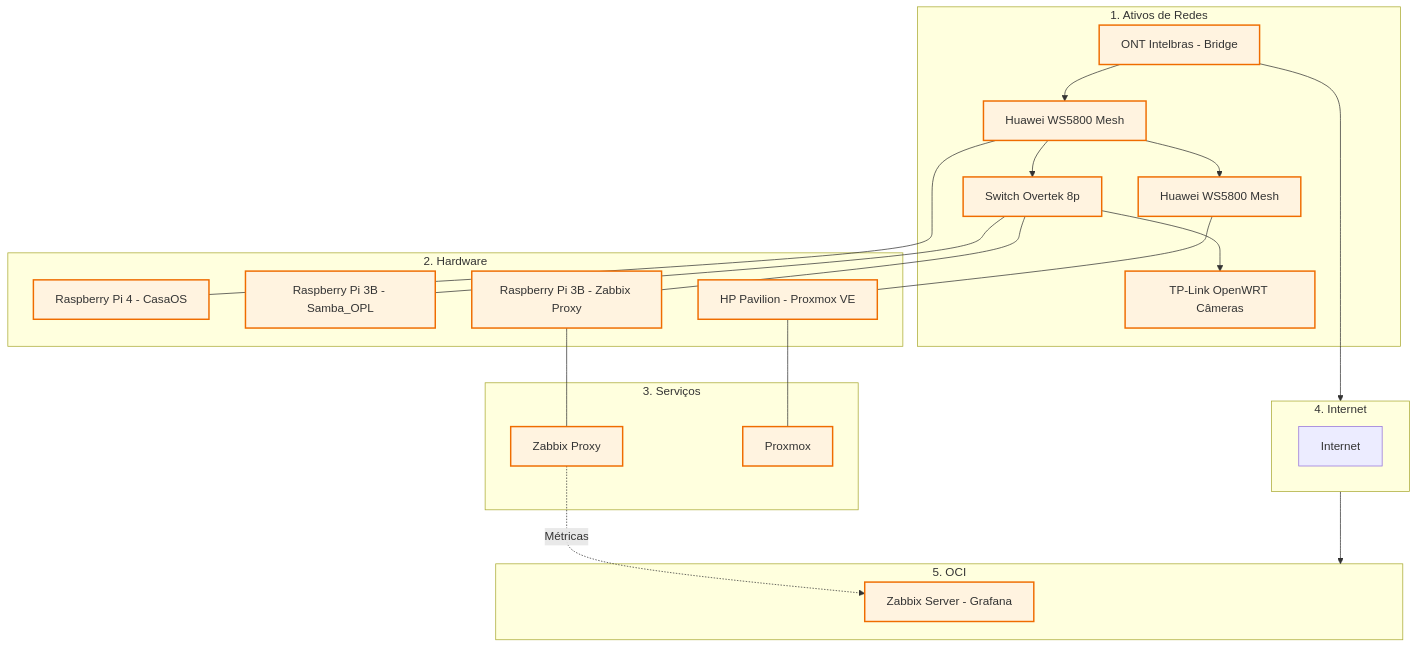
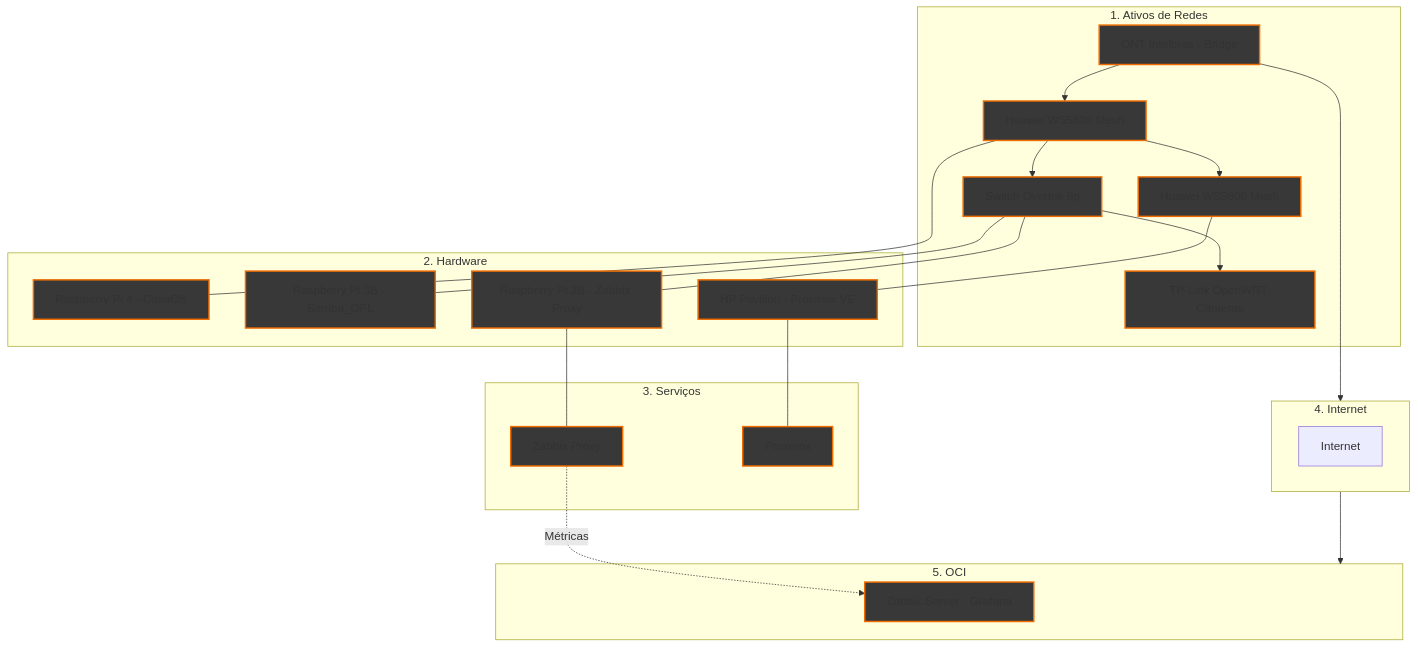
The diagram in Infraestructure/README.md (kevindexter22/Dr-Hardware-Autonet), drawn with Mermaid before and after one commit.

````diff
--- a/Infraestructure/README.md
+++ b/Infraestructure/README.md
@@ -13,49 +13,49 @@
 ```mermaid
 graph TD
     %% Estilos
-    classDef rede fill:#fff3e0,stroke:#ef6c00,stroke-width:2px;
-    classDef hardware fill:#fff3e0,stroke:#ef6c00,stroke-width:2px;
-    classDef internet fill:#fff3e0,stroke:#ef6c00,stroke-width:2px,stroke-dasharray: 5 5;
-    classDef serviços fill:#fff3e0,stroke:#ef6c00,stroke-width:2px;
-    classDef oci fill:#fff3e0,stroke:#ef6c00,stroke-width:2px;
+    classDef rede fill:#383838,stroke:#ef6c00,stroke-width:2px;
+    classDef hardware fill:#383838,stroke:#ef6c00,stroke-width:2px;
+    classDef internet fill:#383838,stroke:#ef6c00,stroke-width:2px,stroke-dasharray: 5 5;
+    classDef serviços fill:#383838,stroke:#ef6c00,stroke-width:2px;
+    classDef oci fill:#383838,stroke:#ef6c00,stroke-width:2px;
 
     %% 1. ATIVOS DE REDE
     subgraph S1 [1. Ativos de Redes]
         ONT[ONT Intelbras - Bridge]:::rede --> R_Mesh1[Huawei WS5800 Mesh]:::rede
         R_Mesh1 --> R_Mesh2[Huawei WS5800 Mesh]:::rede
         R_Mesh1 --> SW1[Switch Overtek 8p]:::rede
         SW1 --> R_Cams[TP-Link OpenWRT Câmeras]:::rede
     end
 
     %% 2. HARDWARE
     subgraph S2 [2. Hardware]
         R_Mesh1 --- RPi4[Raspberry Pi 4 - CasaOS]:::hardware
         SW1 --- RPi3B_1[Raspberry Pi 3B - Samba_OPL]:::hardware
         SW1 --- RPi3B_2[Raspberry Pi 3B - Zabbix Proxy]:::hardware
         R_Mesh2 --- HP[HP Pavilion - Proxmox VE]:::hardware
     end
 
     %% 3. SERVIÇOS     
     subgraph S3 [3. Serviços];    
         RPi3B_2 --- ZP[Zabbix Proxy]:::hardware
         HP --- PVE[Proxmox]:::hardware
     end
 
     %% 4. Internet (A PONTE)
     subgraph S4 [4. Internet]
            internet[Internet]
     end
 
     %% 5. OCI
     subgraph S5 [5. OCI]
         ZS[Zabbix Server - Grafana]:::oci
     end
 
     %% Conexões de Fluxo de Dados para manter a ordem
     ONT --> S4
     S4 --> S5
     
     %% Relacionamentos lógicos (setas duplas para replicação)
     ZP -.-> |Métricas| ZS
 
 ```
````
